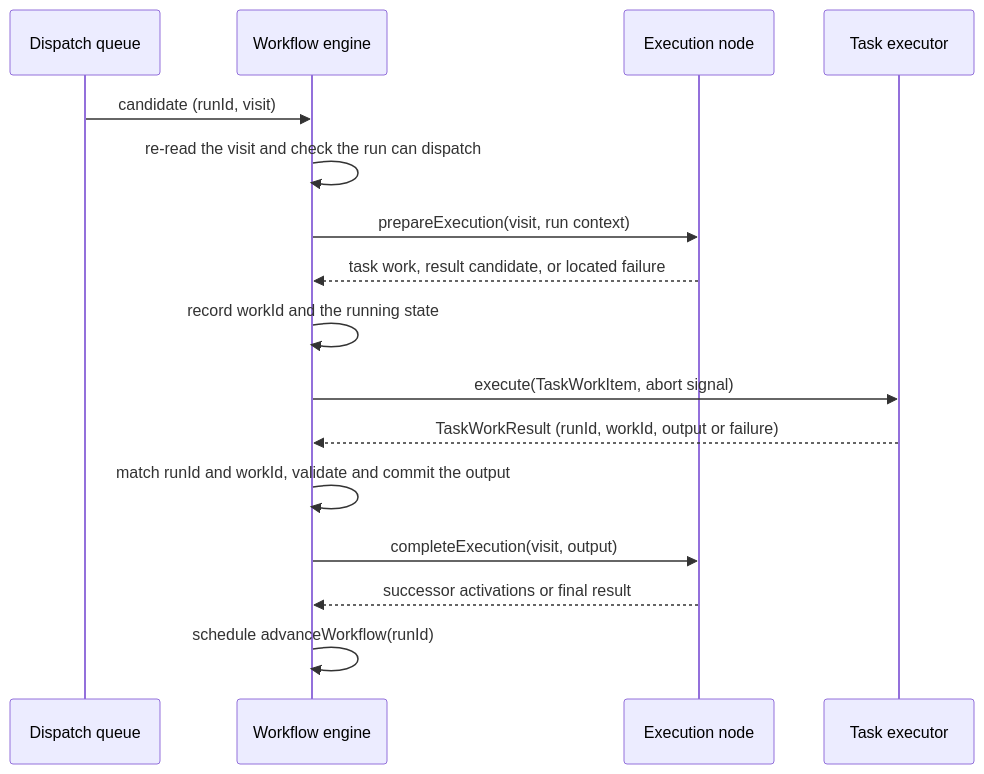
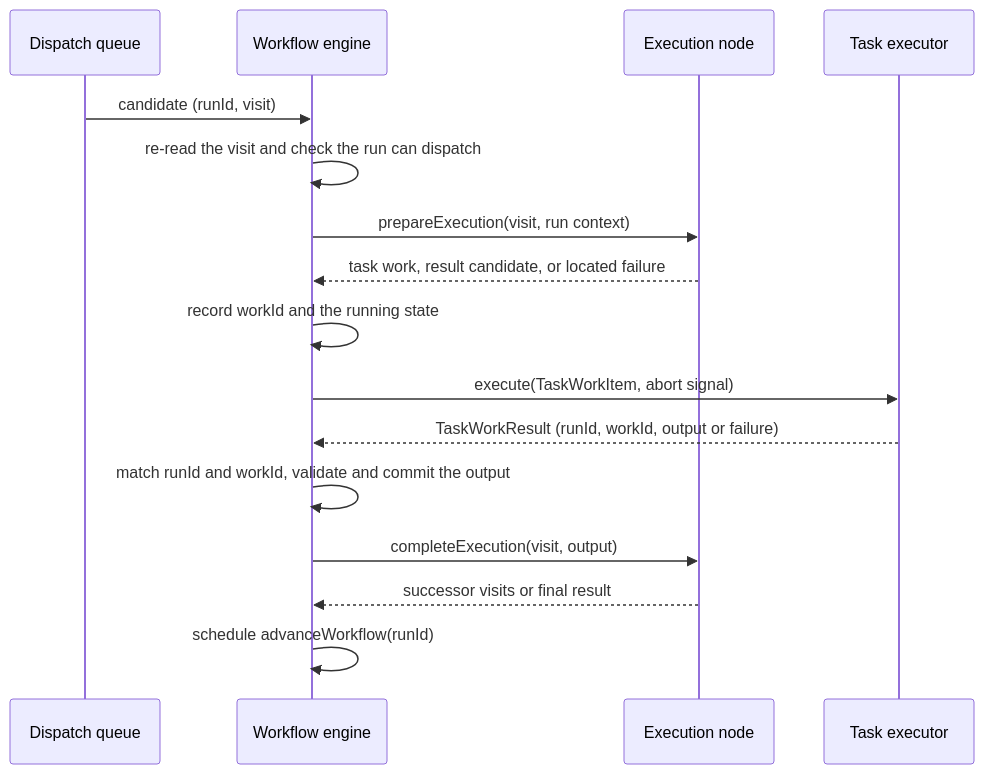
One commit to RostrumAI/rostrum-dev-docs changed the sixth of 6 diagrams in designs/m2-epic-2-sequential-workflows.md. Above: the diagram before and after it, drawn with Mermaid. The commit also changed other lines of this file and 3 other files, not shown here.

````diff
--- a/designs/m2-epic-2-sequential-workflows.md
+++ b/designs/m2-epic-2-sequential-workflows.md
@@ -358,18 +358,18 @@
 ```mermaid
 sequenceDiagram
     participant Q as Dispatch queue
     participant E as Workflow engine
     participant N as Execution node
     participant X as Task executor
     Q->>E: candidate (runId, visit)
     E->>E: re-read the visit and check the run can dispatch
     E->>N: prepareExecution(visit, run context)
     N-->>E: task work, result candidate, or located failure
     E->>E: record workId and the running state
     E->>X: execute(TaskWorkItem, abort signal)
     X-->>E: TaskWorkResult (runId, workId, output or failure)
     E->>E: match runId and workId, validate and commit the output
     E->>N: completeExecution(visit, output)
-    N-->>E: successor activations or final result
+    N-->>E: successor visits or final result
     E->>E: schedule advanceWorkflow(runId)
 ```
````
